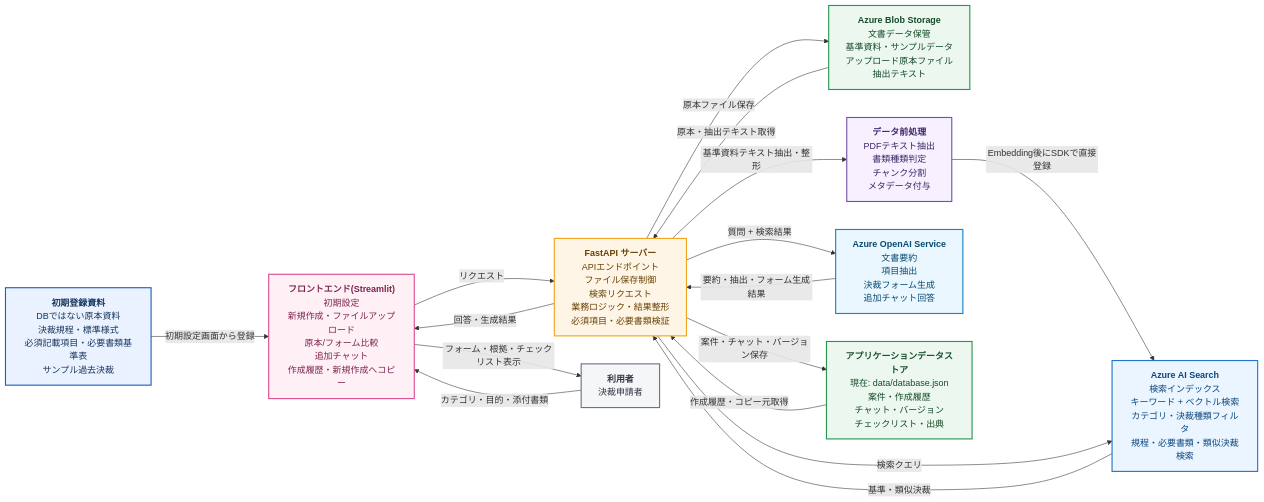
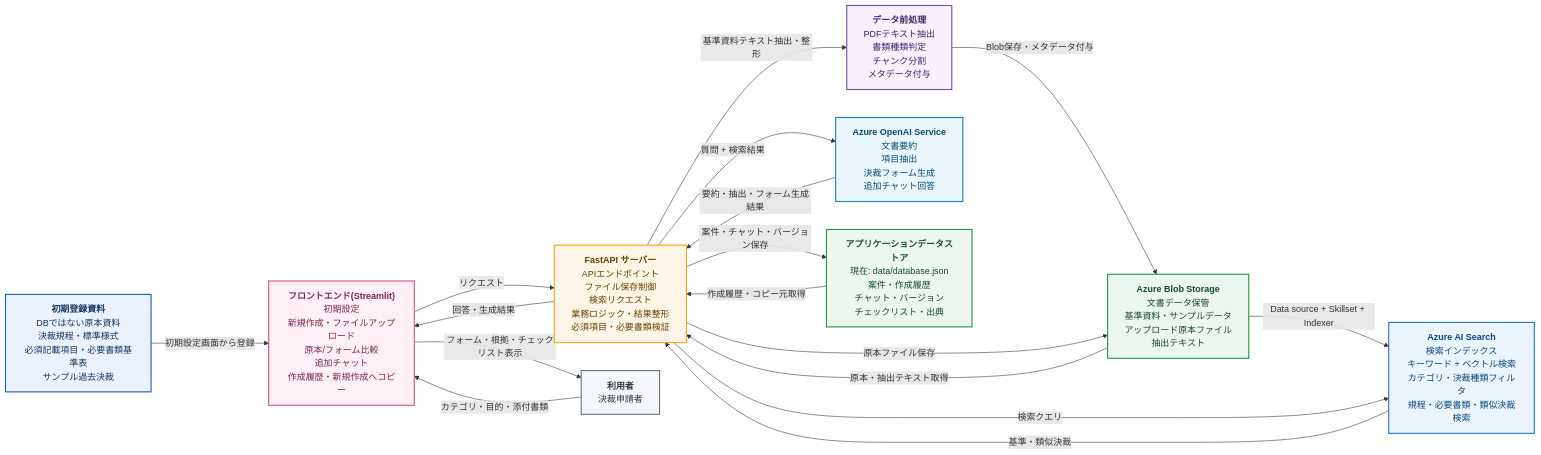
Before and after one commit to intaegi/ai_assist_project: the first of 5 diagrams in docs/decision_rag_design_spec_ja.md, drawn with Mermaid. The commit also changed other lines of this file and 10 other files, not shown here.

Commit message:
Align UI sections and update RAG flow docs

````diff
--- a/docs/decision_rag_design_spec_ja.md
+++ b/docs/decision_rag_design_spec_ja.md
@@ -141,50 +141,51 @@
 ```mermaid
 flowchart LR
     Data["<b>初期登録資料</b><br/>DBではない原本資料<br/>決裁規程・標準様式<br/>必須記載項目・必要書類基準表<br/>サンプル過去決裁"]
     Blob["<b>Azure Blob Storage</b><br/>文書データ保管<br/>基準資料・サンプルデータ<br/>アップロード原本ファイル<br/>抽出テキスト"]
     Prep["<b>データ前処理</b><br/>PDFテキスト抽出<br/>書類種類判定<br/>チャンク分割<br/>メタデータ付与"]
     Search["<b>Azure AI Search</b><br/>検索インデックス<br/>キーワード + ベクトル検索<br/>カテゴリ・決裁種類フィルタ<br/>規程・必要書類・類似決裁検索"]
     API["<b>FastAPI サーバー</b><br/>APIエンドポイント<br/>ファイル保存制御<br/>検索リクエスト<br/>業務ロジック・結果整形<br/>必須項目・必要書類検証"]
     AOAI["<b>Azure OpenAI Service</b><br/>文書要約<br/>項目抽出<br/>決裁フォーム生成<br/>追加チャット回答"]
     Store["<b>アプリケーションデータストア</b><br/>現在: data/database.json<br/>案件・作成履歴<br/>チャット・バージョン<br/>チェックリスト・出典"]
     UI["<b>フロントエンド(Streamlit)</b><br/>初期設定<br/>新規作成・ファイルアップロード<br/>原本/フォーム比較<br/>追加チャット<br/>作成履歴・新規作成へコピー"]
     User["<b>利用者</b><br/>決裁申請者"]
 
     Data -->|初期設定画面から登録| UI
     API -->|基準資料テキスト抽出・整形| Prep
-    Prep -->|Embedding後にSDKで直接登録| Search
+    Prep -->|Blob保存・メタデータ付与| Blob
+    Blob -->|Data source + Skillset + Indexer| Search
 
     User -->|カテゴリ・目的・添付書類| UI
     UI -->|リクエスト| API
     API -->|回答・生成結果| UI
     UI -->|フォーム・根拠・チェックリスト表示| User
 
     API -->|原本ファイル保存| Blob
     Blob -->|原本・抽出テキスト取得| API
     API -->|案件・チャット・バージョン保存| Store
     Store -->|作成履歴・コピー元取得| API
 
     API -->|検索クエリ| Search
     Search -->|基準・類似決裁| API
     API -->|質問 + 検索結果| AOAI
     AOAI -->|要約・抽出・フォーム生成結果| API
 
     classDef source fill:#EAF2FF,stroke:#1F5FBF,stroke-width:2px,color:#17365D;
     classDef storage fill:#ECF8EF,stroke:#27964B,stroke-width:2px,color:#164B2A;
     classDef process fill:#F6F0FF,stroke:#7851A9,stroke-width:2px,color:#3E2566;
     classDef search fill:#EAF5FF,stroke:#2474CC,stroke-width:2px,color:#0C477F;
     classDef backend fill:#FFF5E6,stroke:#F2A51A,stroke-width:2px,color:#684100;
     classDef ai fill:#EAF7FF,stroke:#1683C5,stroke-width:2px,color:#084B73;
     classDef front fill:#FFF0F6,stroke:#D94E8F,stroke-width:2px,color:#7D244E;
     classDef user fill:#F5F6F8,stroke:#687386,stroke-width:2px,color:#2E3440;
 
     class Data source;
     class Blob,Store storage;
     class Prep process;
     class Search search;
     class API backend;
     class AOAI ai;
     class UI front;
     class User user;
 
 ```
````
